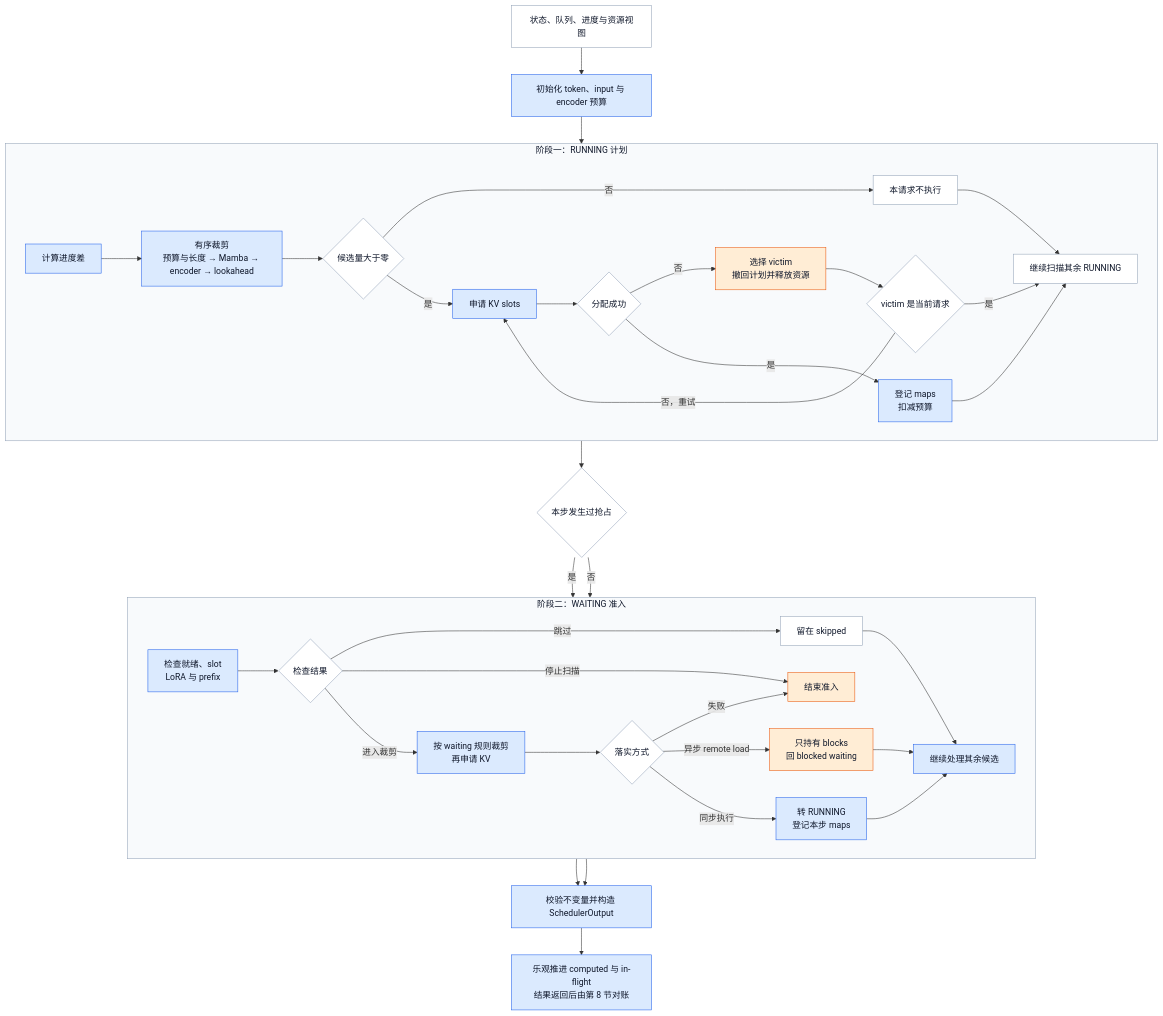
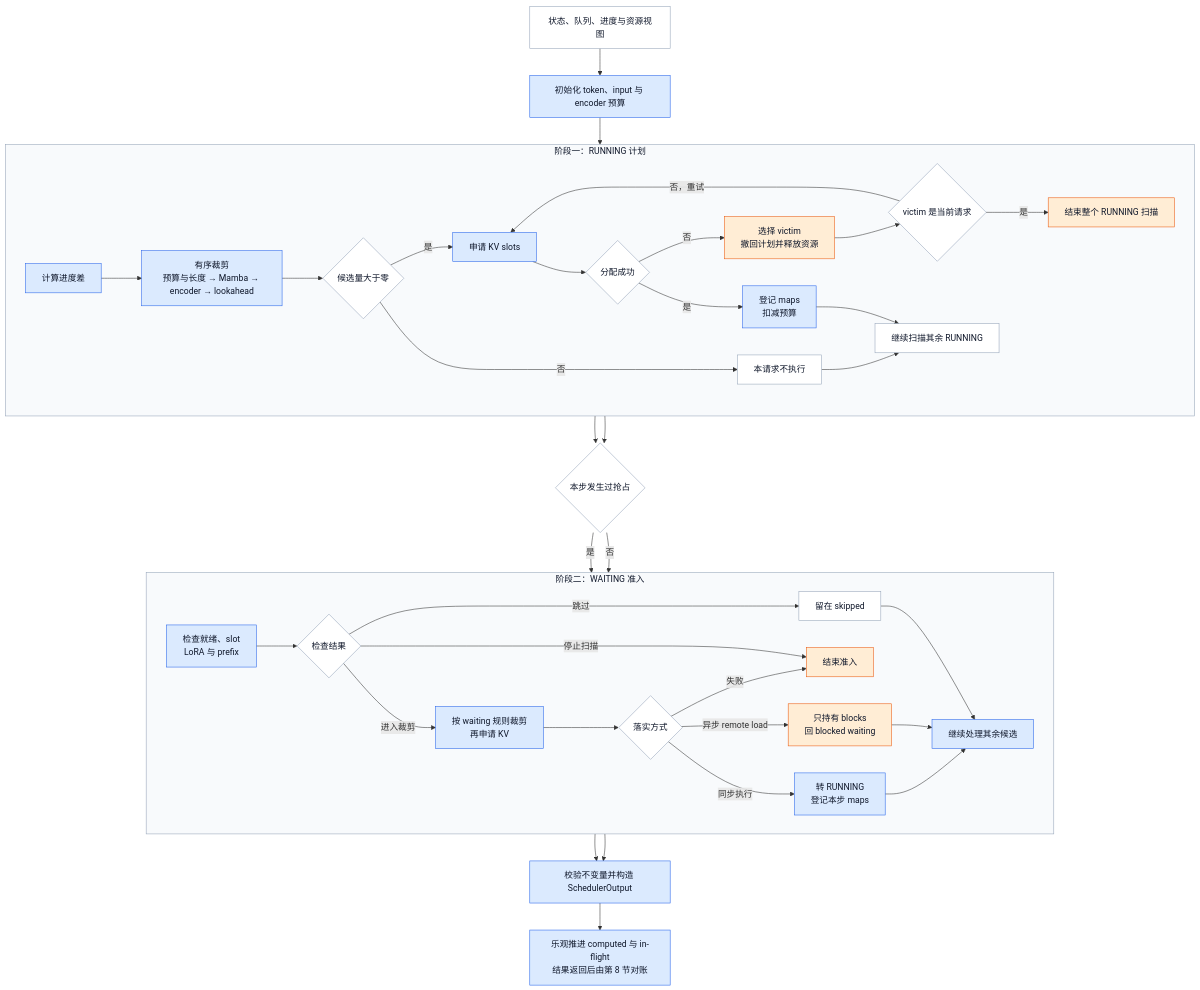
The sixth of 11 diagrams in wiki/02_engineering/03_infer_frameworks/vllm/07_vllm_scheduler_analysis.md (suhaibo666/llm-knowledge), drawn with Mermaid before and after one commit. The commit also changed other lines of this file and 89 other files, not shown here.

````diff
--- a/wiki/02_engineering/03_infer_frameworks/vllm/07_vllm_scheduler_analysis.md
+++ b/wiki/02_engineering/03_infer_frameworks/vllm/07_vllm_scheduler_analysis.md
@@ -173,48 +284,49 @@
 ```mermaid
 flowchart TB
     I[状态、队列、进度与资源视图] --> B[初始化 token、input 与 encoder 预算]
     subgraph RP[阶段一：RUNNING 计划]
         direction LR
         R[计算进度差] --> D[有序裁剪<br/>预算与长度 → Mamba → encoder → lookahead]
         D --> Z{候选量大于零}
         Z -->|否| N[本请求不执行]
         Z -->|是| K[申请 KV slots]
         K --> A{分配成功}
         A -->|否| P[选择 victim<br/>撤回计划并释放资源]
         P --> V{victim 是当前请求}
         V -->|否，重试| K
-        V -->|是| E
+        V -->|是| STOP[结束整个 RUNNING 扫描]
         A -->|是| M[登记 maps<br/>扣减预算]
         N --> E[继续扫描其余 RUNNING]
         M --> E
     end
     B --> R
     E --> G{本步发生过抢占}
+    STOP --> G
     subgraph WP[阶段二：WAITING 准入]
         direction LR
         W[检查就绪、slot<br/>LoRA 与 prefix] --> T{检查结果}
         T -->|跳过| SK[留在 skipped]
         T -->|停止扫描| O[结束准入]
         T -->|进入裁剪| Q[按 waiting 规则裁剪<br/>再申请 KV]
         Q --> X{落实方式}
         X -->|失败| O
         X -->|异步 remote load| H[只持有 blocks<br/>回 blocked waiting]
         X -->|同步执行| J[转 RUNNING<br/>登记本步 maps]
         SK --> L[继续处理其余候选]
         H --> L
         J --> L
     end
     G -->|是| O
     G -->|否| W
     L --> S
     O --> S[校验不变量并构造 SchedulerOutput]
     S --> U[乐观推进 computed 与 in-flight<br/>结果返回后由第 8 节对账]
     classDef acc fill:#dbeafe,stroke:#2563eb,color:#0f172a
     classDef warn fill:#ffedd5,stroke:#ea580c,color:#0f172a
     classDef neutral fill:#ffffff,stroke:#94a3b8,color:#0f172a
     class B,R,D,K,M,W,Q,J,L,S,U acc
-    class P,O,H warn
+    class P,O,H,STOP warn
     class I,Z,A,V,N,E,G,T,SK,X neutral
     style RP fill:#f8fafc,stroke:#94a3b8,color:#0f172a
     style WP fill:#f8fafc,stroke:#94a3b8,color:#0f172a
 ```
````
